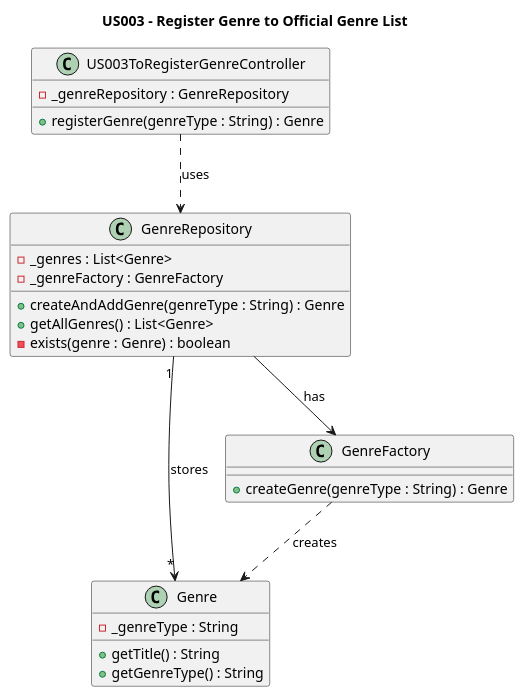
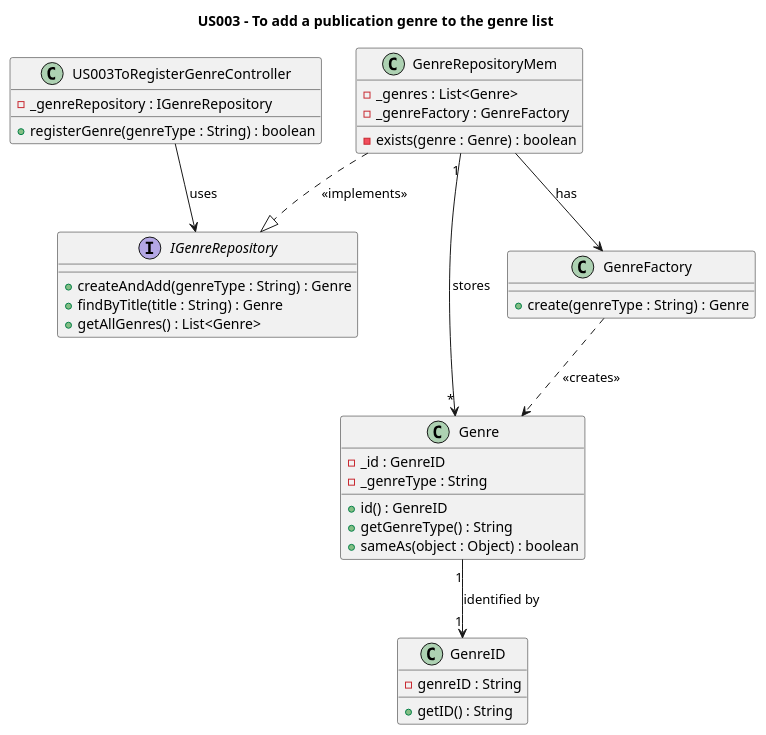
The diagram in Diagrams/ClassDiagrams/US003-to-add-a-publication-genre-to-the-genre-list.puml (AndrePereiraGitH/SWitCH-Project-Team_A), drawn with PlantUML before and after one commit. The commit also changed 2 other files, not shown here.

Commit message:
docs #499: update US003 diagrams to reflect DDD architecture

```diff
--- a/Diagrams/ClassDiagrams/US003-to-add-a-publication-genre-to-the-genre-list.puml
+++ b/Diagrams/ClassDiagrams/US003-to-add-a-publication-genre-to-the-genre-list.puml
@@ -1,50 +1,63 @@
 @startuml
-title US003 - Register Genre to Official Genre List
+title US003 - To add a publication genre to the genre list
 
 ' _____________________
 ' DOMAIN
 ' _____________________
 
+interface IGenreRepository {
+  + createAndAdd(genreType : String) : Genre
+  + findByTitle(title : String) : Genre
+  + getAllGenres() : List<Genre>
+}
+
 class Genre {
+  - _id : GenreID
   - _genreType : String
-  + getTitle() : String
+  + id() : GenreID
   + getGenreType() : String
+  + sameAs(object : Object) : boolean
+}
+
+class GenreID {
+  - genreID : String
+  + getID() : String
 }
 
 class GenreFactory {
-  + createGenre(genreType : String) : Genre
+  + create(genreType : String) : Genre
 }
 
-GenreFactory ..> Genre : creates
+Genre "1" --> "1" GenreID : identified by
+GenreFactory ..> Genre : <<creates>>
 
 ' ______________________
 ' APPLICATION
 ' ______________________
 
 class US003ToRegisterGenreController {
-  - _genreRepository : GenreRepository
-  + registerGenre(genreType : String) : Genre
+  - _genreRepository : IGenreRepository
+  + registerGenre(genreType : String) : boolean
 }
 
 ' ___________________
 ' PERSISTENCE
 ' ___________________
 
-class GenreRepository {
+class GenreRepositoryMem {
   - _genres : List<Genre>
   - _genreFactory : GenreFactory
-  + createAndAddGenre(genreType : String) : Genre
-  + getAllGenres() : List<Genre>
   - exists(genre : Genre) : boolean
 }
 
-GenreRepository "1" --> "*" Genre : stores
+GenreRepositoryMem ..|> IGenreRepository : <<implements>>
+GenreRepositoryMem "1" --> "*" Genre : stores
+GenreRepositoryMem --> GenreFactory : has
 
 ' _____________________
 ' DEPENDENCIES
 ' _____________________
 
-US003ToRegisterGenreController ..> GenreRepository : uses
-GenreRepository --> GenreFactory : has
+US003ToRegisterGenreController --> IGenreRepository : uses
 
 @enduml
```
